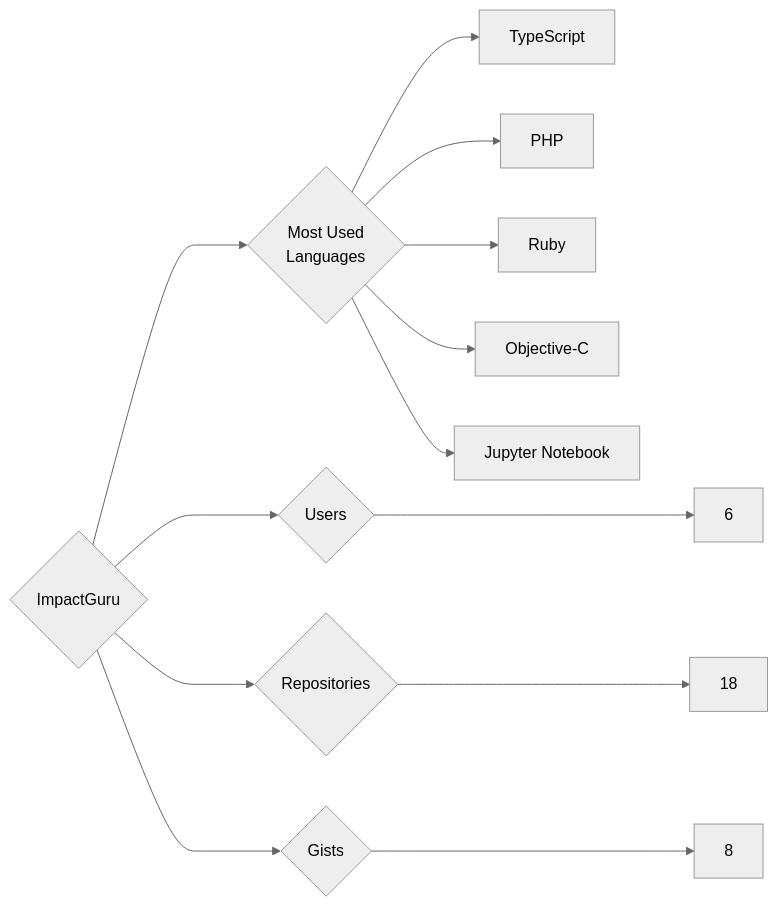
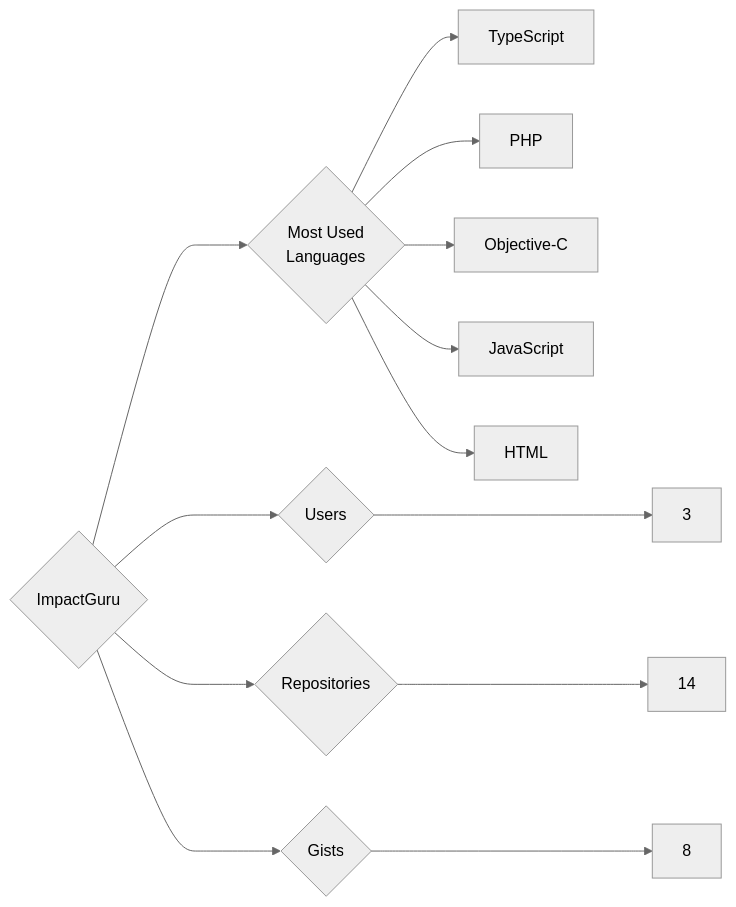
The diagram in targets/ImpactGuru/README.md (trickest/insiders), drawn with Mermaid (neutral theme) before and after one commit. The commit also changed 924 other files, not shown here.

````diff
--- a/targets/ImpactGuru/README.md
+++ b/targets/ImpactGuru/README.md
@@ -3,13 +3,13 @@
 ```mermaid
 graph LR
 COMPANY_NAME{ImpactGuru}
-COMPANY_NAME ---> U{Users} ---> UN[6]
-COMPANY_NAME ---> R{Repositories} ---> RN[18]
+COMPANY_NAME ---> U{Users} ---> UN[3]
+COMPANY_NAME ---> R{Repositories} ---> RN[14]
 COMPANY_NAME ---> G{Gists} ---> GN[8]
 COMPANY_NAME ---> ML{Most Used<br>Languages}
 ML --> TypeScript[TypeScript]
 ML --> PHP[PHP]
-ML --> Ruby[Ruby]
 ML --> Objective-C[Objective-C]
-ML --> Jupyter_Notebook[Jupyter Notebook]
+ML --> JavaScript[JavaScript]
+ML --> HTML[HTML]
 ```
````
